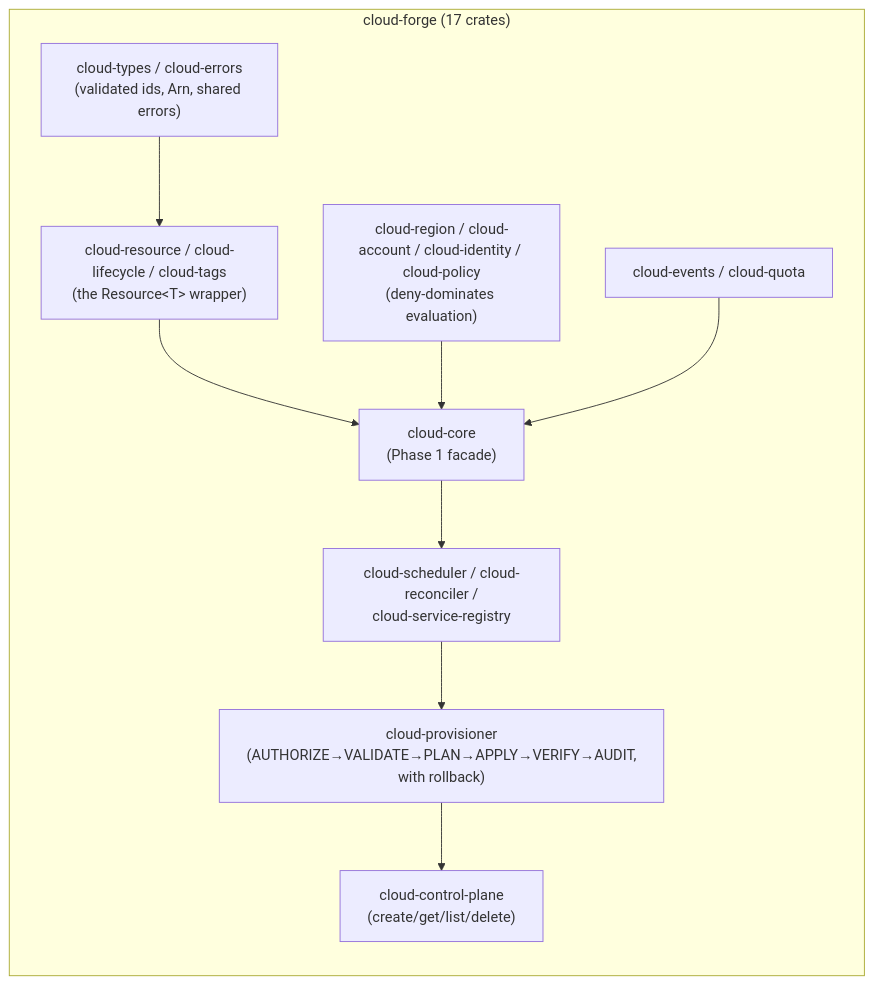
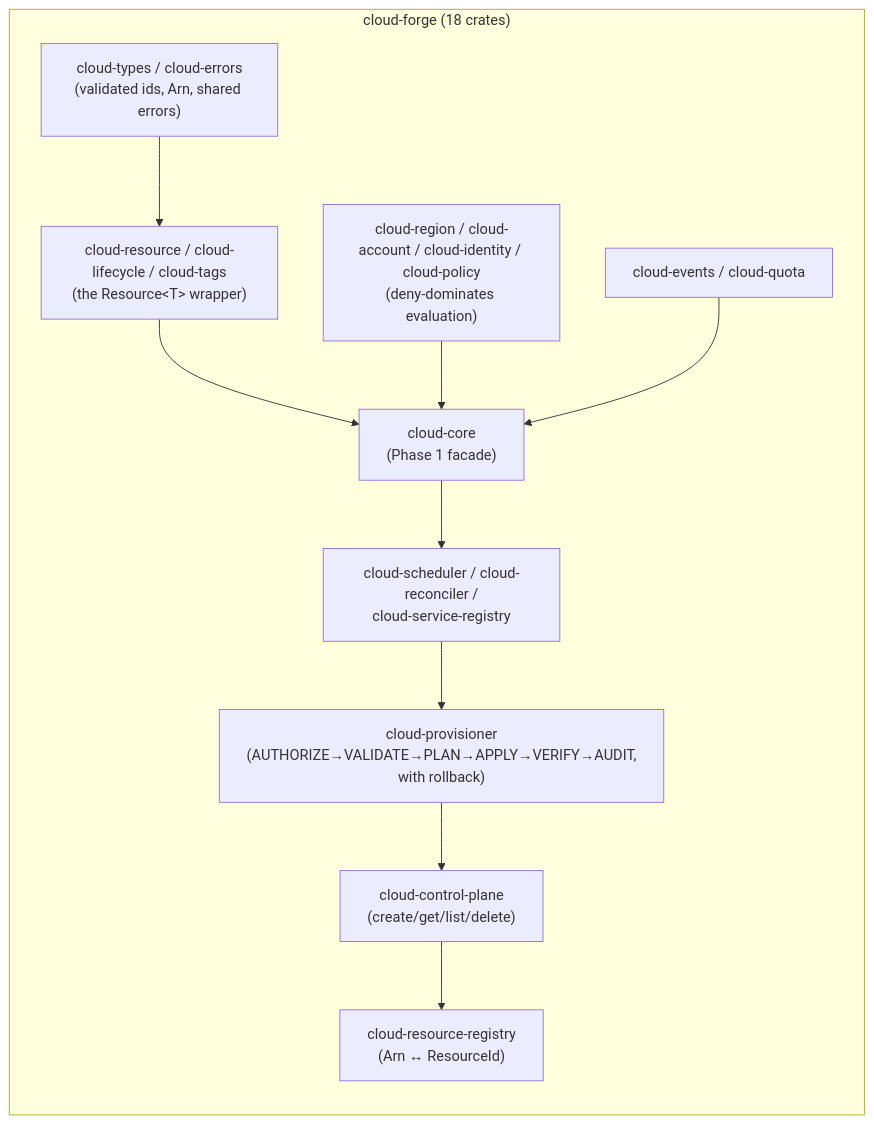
Before and after one commit to SNAPKITTYAGENT9NOVA/tlm-jxcl-forge: the fifth of 5 diagrams in README.md, drawn with Mermaid. The commit also changed other lines of this file and 7 other files, not shown here.

````diff
--- a/README.md
+++ b/README.md
@@ -399,18 +400,20 @@
 ```mermaid
 flowchart LR
-    subgraph cf["cloud-forge (17 crates)"]
+    subgraph cf["cloud-forge (18 crates)"]
         direction TB
         types["cloud-types / cloud-errors<br/>(validated ids, Arn, shared errors)"]
         model["cloud-resource / cloud-lifecycle / cloud-tags<br/>(the Resource&lt;T&gt; wrapper)"]
         access["cloud-region / cloud-account / cloud-identity / cloud-policy<br/>(deny-dominates evaluation)"]
         ops["cloud-events / cloud-quota"]
         core["cloud-core<br/>(Phase 1 facade)"]
         control["cloud-scheduler / cloud-reconciler /<br/>cloud-service-registry"]
         pipeline["cloud-provisioner<br/>(AUTHORIZE→VALIDATE→PLAN→APPLY→VERIFY→AUDIT,<br/>with rollback)"]
         plane["cloud-control-plane<br/>(create/get/list/delete)"]
+        names["cloud-resource-registry<br/>(Arn ↔ ResourceId)"]
         types --> model --> core
         access --> core
         ops --> core
         core --> control --> pipeline --> plane
+        plane --> names
     end
 ```
````
